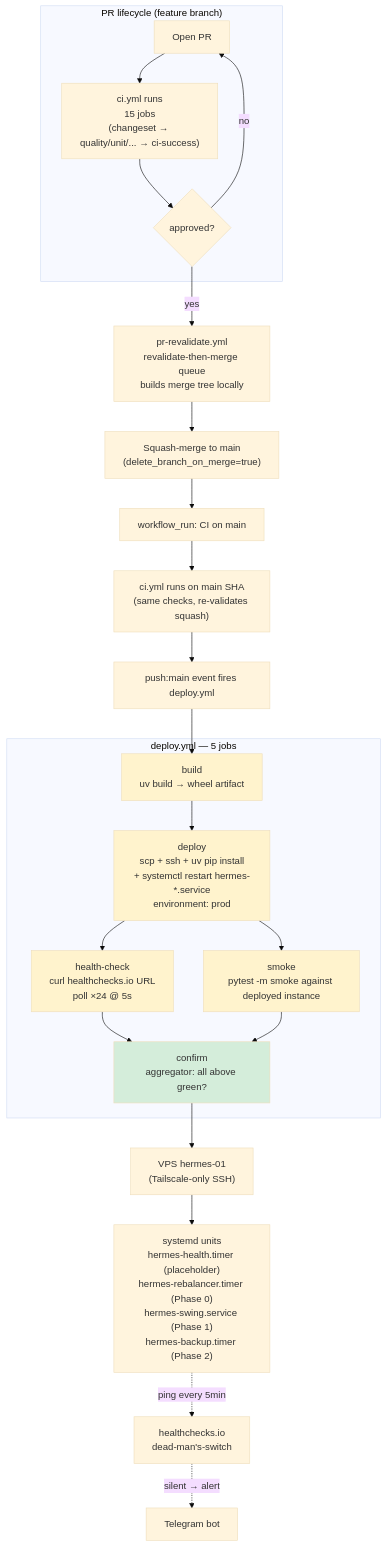
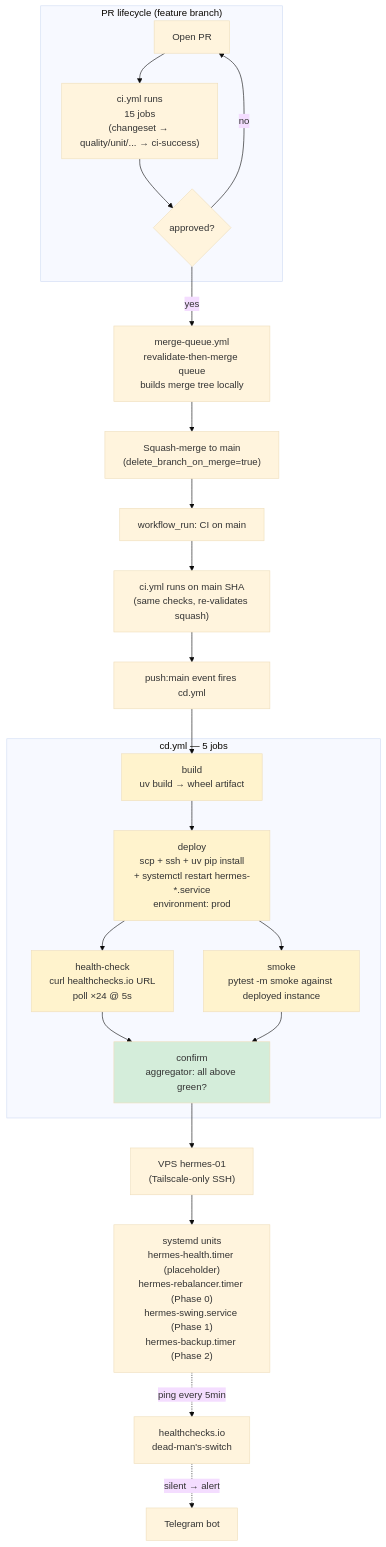
The diagram in deploy/README.md (ricardoafo/hermes), drawn with Mermaid (base theme) before and after one commit. The commit also changed other lines of this file and 15 other files, not shown here.

````diff
--- a/deploy/README.md
+++ b/deploy/README.md
@@ -16,42 +16,42 @@
 ```mermaid
 flowchart TB
     subgraph PR["PR lifecycle (feature branch)"]
         P[Open PR]
         P --> CI["ci.yml runs<br/>15 jobs<br/>(changeset → quality/unit/... → ci-success)"]
         CI --> A{approved?}
         A -- no --> P
     end
 
-    A -- yes --> Q["pr-revalidate.yml<br/>revalidate-then-merge queue<br/>builds merge tree locally"]
+    A -- yes --> Q["merge-queue.yml<br/>revalidate-then-merge queue<br/>builds merge tree locally"]
     Q --> M["Squash-merge to main<br/>(delete_branch_on_merge=true)"]
 
     M --> WR["workflow_run: CI on main"]
     WR --> CIMAIN["ci.yml runs on main SHA<br/>(same checks, re-validates squash)"]
-    CIMAIN --> PMAIN["push:main event fires deploy.yml"]
+    CIMAIN --> PMAIN["push:main event fires cd.yml"]
 
-    subgraph CD["deploy.yml — 5 jobs"]
+    subgraph CD["cd.yml — 5 jobs"]
         B["build<br/>uv build → wheel artifact"]
         D["deploy<br/>scp + ssh + uv pip install<br/>+ systemctl restart hermes-*.service<br/>environment: prod"]
         H["health-check<br/>curl healthchecks.io URL<br/>poll ×24 @ 5s"]
         S["smoke<br/>pytest -m smoke against deployed instance"]
         C["confirm<br/>aggregator: all above green?"]
         B --> D --> H
         D --> S
         H --> C
         S --> C
     end
 
     PMAIN --> B
 
     C --> VPS["VPS hermes-01<br/>(Tailscale-only SSH)"]
     VPS --> SD["systemd units<br/>hermes-health.timer (placeholder)<br/>hermes-rebalancer.timer (Phase 0)<br/>hermes-swing.service (Phase 1)<br/>hermes-backup.timer (Phase 2)"]
 
     SD -.->|ping every 5min| HC["healthchecks.io<br/>dead-man's-switch"]
     HC -.->|silent → alert| TG["Telegram bot"]
 
     style B fill:#fff3cd
     style D fill:#fff3cd
     style H fill:#fff3cd
     style S fill:#fff3cd
     style C fill:#d4edda
 ```
````
